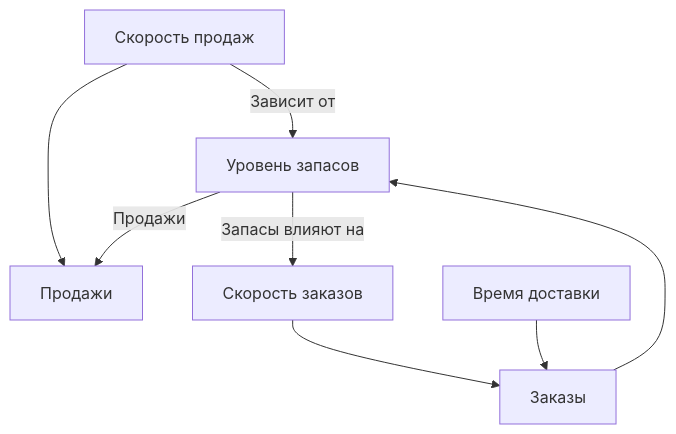
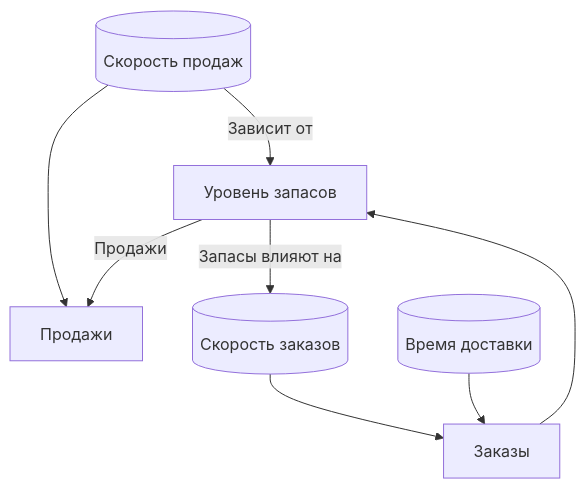
One commit to sta-zot/PIS changed the eighth of 13 diagrams in РГРТУ/МиКМ/README.md. Above: the diagram before and after it, drawn with Mermaid.

Commit message:
Обновлена модель системной динамики для управления запасами в магазине

````diff
--- a/РГРТУ/МиКМ/README.md
+++ b/РГРТУ/МиКМ/README.md
@@ -1137,10 +1137,10 @@
 ```mermaid
 graph TD;
   stock[Уровень запасов] -->|Продажи| outflow[Продажи];
   inflow[Заказы] --> stock;
-  sales_rate[Скорость продаж] --> outflow;
-  order_rate[Скорость заказов] --> inflow;
+  sales_rate[(Скорость продаж)] --> outflow;
+  order_rate[(Скорость заказов)] --> inflow;
   stock -->|Запасы влияют на| order_rate;
-  time_delay[Время доставки] --> inflow;
+  time_delay[(Время доставки)] --> inflow;
   sales_rate -->|Зависит от| stock;
 ```
````
